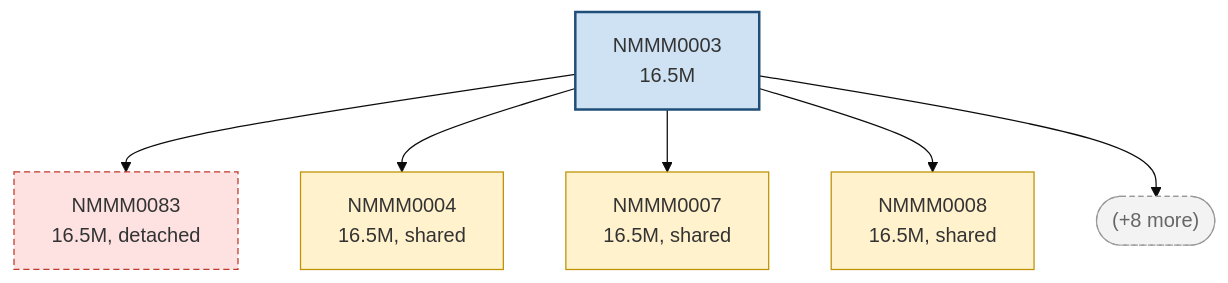
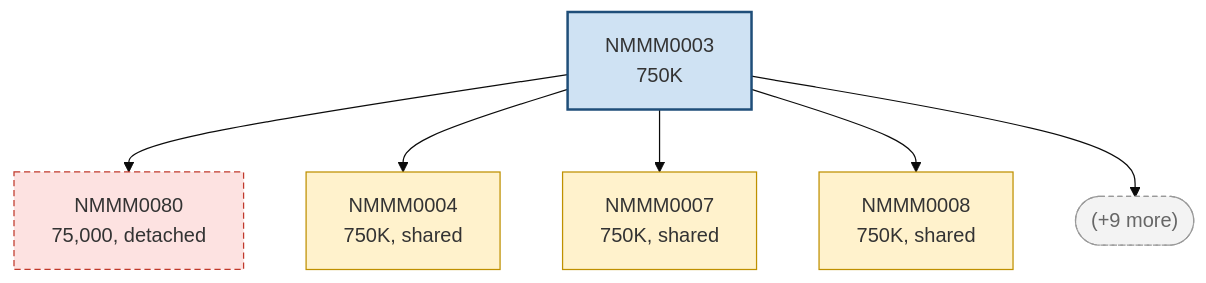
Before and after one commit to benkirk/quarto-docs-framework: the diagram in docs/samuel/_tree_sam_pool.qmd, drawn with Mermaid (base theme). The commit also changed 2 other files, not shown here.

Commit message:
samuel: the shared-pool example moves to Casper, where the detached child differs
## Summary
- The shared-pool tree is now NMMM0003 on Casper (750K, 11 linked children), with NMMM0080
  detached at 75,000. On Derecho, the detached NMMM0083 carried a copy of the pool's 16.5M:
  a mid-year allocation that was never linked. Ben has since relinked it in prod.
- `concepts_data.py` takes a resource for the tree (`POOL_RESOURCE`). The award tree stays on
  Derecho.
- The "Two conventions" table and the pool slide's title and notes follow.

### Test Results
- `make -C docs/samuel qa DECKS=2-concepts`: ok, 41 slides in each format.
- Only `_tree_sam_pool.qmd` was regenerated. Run on 2026-10-01, `_out_accounts.qmd` and
  `_out_audit.qmd` picked up the FY27 windows, with 0% used. They stay at their FY26 versions.

Claude-Session: https://claude.ai/code/session_011k25PSHgyd7csFqhCGqXuL

````diff
--- a/docs/samuel/_tree_sam_pool.qmd
+++ b/docs/samuel/_tree_sam_pool.qmd
@@ -1,23 +1,23 @@
 ```{mermaid}
 %%| fig-width: 6
 graph TD
-    NMMM0003["NMMM0003<br/>16.5M"]
-    NMMM0083["NMMM0083<br/>16.5M, detached"]
-    NMMM0004["NMMM0004<br/>16.5M, shared"]
-    NMMM0007["NMMM0007<br/>16.5M, shared"]
-    NMMM0008["NMMM0008<br/>16.5M, shared"]
-    NMMM0003_more(["(+8 more)"])
-    NMMM0003 --> NMMM0083
+    NMMM0003["NMMM0003<br/>750K"]
+    NMMM0080["NMMM0080<br/>75,000, detached"]
+    NMMM0004["NMMM0004<br/>750K, shared"]
+    NMMM0007["NMMM0007<br/>750K, shared"]
+    NMMM0008["NMMM0008<br/>750K, shared"]
+    NMMM0003_more(["(+9 more)"])
+    NMMM0003 --> NMMM0080
     NMMM0003 --> NMMM0004
     NMMM0003 --> NMMM0007
     NMMM0003 --> NMMM0008
     NMMM0003 --> NMMM0003_more
     classDef root fill:#cfe2f3,stroke:#1f4e79,stroke-width:2px
     classDef linked fill:#fff2cc,stroke:#bf9000
     classDef detached fill:#fde2e1,stroke:#c0392b,stroke-dasharray:5 3
     classDef elided fill:#f3f3f3,stroke:#999999,stroke-dasharray:4 3,color:#666666
     class NMMM0003 root
     class NMMM0004,NMMM0007,NMMM0008 linked
-    class NMMM0083 detached
+    class NMMM0080 detached
     class NMMM0003_more elided
 ```
````
